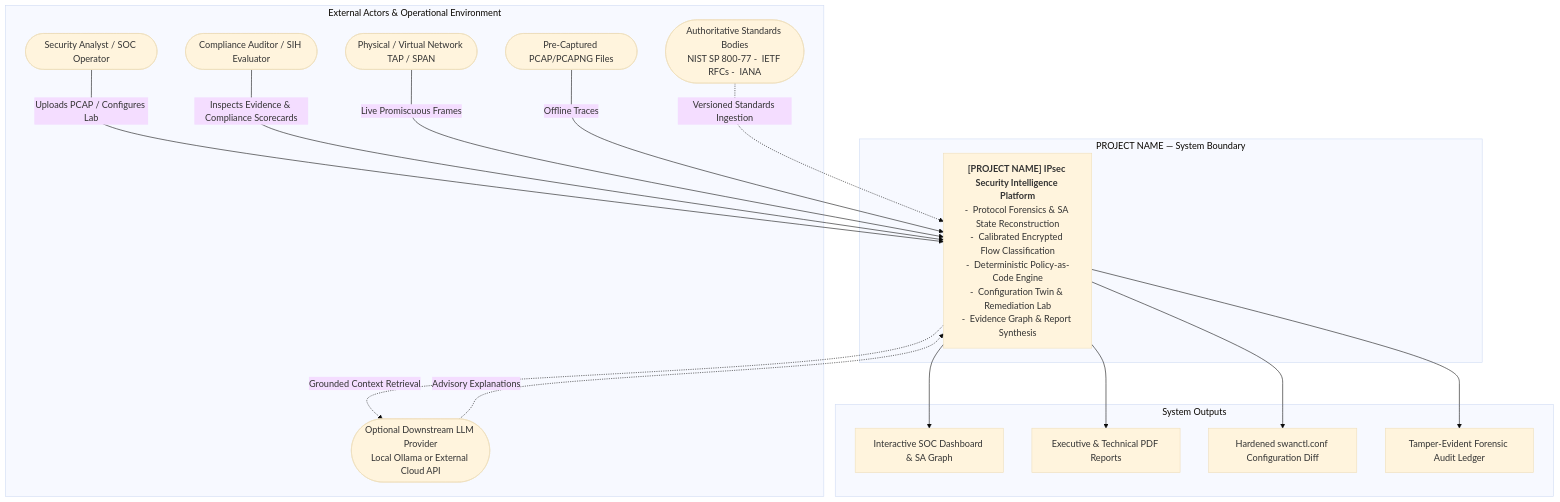
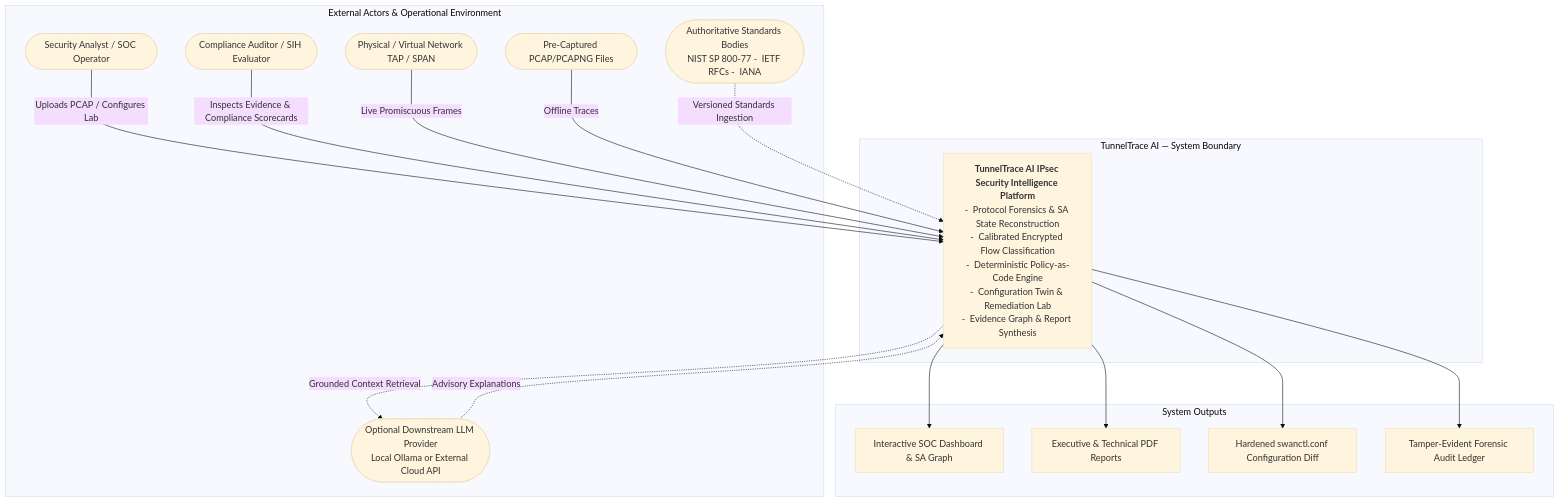
Before and after one commit to sharancode3/TunnelTrace-AI: the second of 20 diagrams in docs/architecture/SYSTEM_ARCHITECTURE.md, drawn with Mermaid (base theme). The commit also changed other lines of this file and 9 other files, not shown here.

Commit message:
chore(docs): standardize project name to TunnelTrace AI across all specifications

````diff
--- a/docs/architecture/SYSTEM_ARCHITECTURE.md
+++ b/docs/architecture/SYSTEM_ARCHITECTURE.md
@@ -192,37 +192,37 @@
 ```mermaid
 
 graph TD
     subgraph External_Actors___Operational_Environment ["External Actors & Operational Environment"]
         OPERATOR(["Security Analyst / SOC Operator"])
         AUDITOR(["Compliance Auditor / SIH Evaluator"])
         NET_IF(["Physical / Virtual Network TAP / SPAN"])
         PCAP_SRC(["Pre-Captured PCAP/PCAPNG Files"])
         REG_SRC(["Authoritative Standards Bodies<br/>NIST SP 800-77 -  IETF RFCs -  IANA"])
         EXT_AI(["Optional Downstream LLM Provider<br/>Local Ollama or External Cloud API"])
     end
 
-    subgraph PROJECT_NAME___System_Boundary ["PROJECT NAME — System Boundary"]
-        PLATFORM["<b>[PROJECT NAME] IPsec Security Intelligence Platform</b><br>-  Protocol Forensics & SA State Reconstruction<br>-  Calibrated Encrypted Flow Classification<br>-  Deterministic Policy-as-Code Engine<br>-  Configuration Twin & Remediation Lab<br>-  Evidence Graph & Report Synthesis"]
+    subgraph PROJECT_NAME___System_Boundary ["TunnelTrace AI — System Boundary"]
+        PLATFORM["<b>TunnelTrace AI IPsec Security Intelligence Platform</b><br>-  Protocol Forensics & SA State Reconstruction<br>-  Calibrated Encrypted Flow Classification<br>-  Deterministic Policy-as-Code Engine<br>-  Configuration Twin & Remediation Lab<br>-  Evidence Graph & Report Synthesis"]
     end
 
     subgraph System_Outputs ["System Outputs"]
         OUT_UI["Interactive SOC Dashboard & SA Graph"]
         OUT_RPT["Executive & Technical PDF Reports"]
         OUT_CONF["Hardened swanctl.conf Configuration Diff"]
         OUT_AUDIT["Tamper-Evident Forensic Audit Ledger"]
     end
 
     OPERATOR -->|"Uploads PCAP / Configures Lab"| PLATFORM
     AUDITOR -->|"Inspects Evidence & Compliance Scorecards"| PLATFORM
     NET_IF -->|"Live Promiscuous Frames"| PLATFORM
     PCAP_SRC -->|"Offline Traces"| PLATFORM
     REG_SRC -.->|"Versioned Standards Ingestion"| PLATFORM
     PLATFORM -.->|"Grounded Context Retrieval"| EXT_AI
     EXT_AI -.->|"Advisory Explanations"| PLATFORM
 
     PLATFORM --> OUT_UI
     PLATFORM --> OUT_RPT
     PLATFORM --> OUT_CONF
     PLATFORM --> OUT_AUDIT
 
 ```
````
